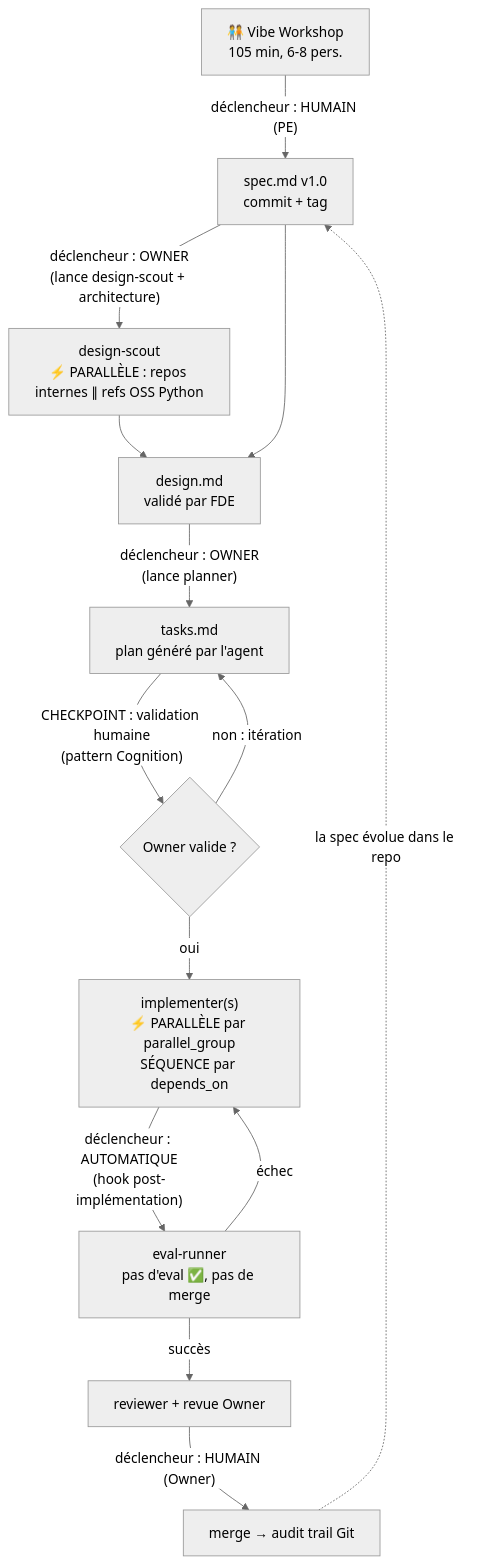
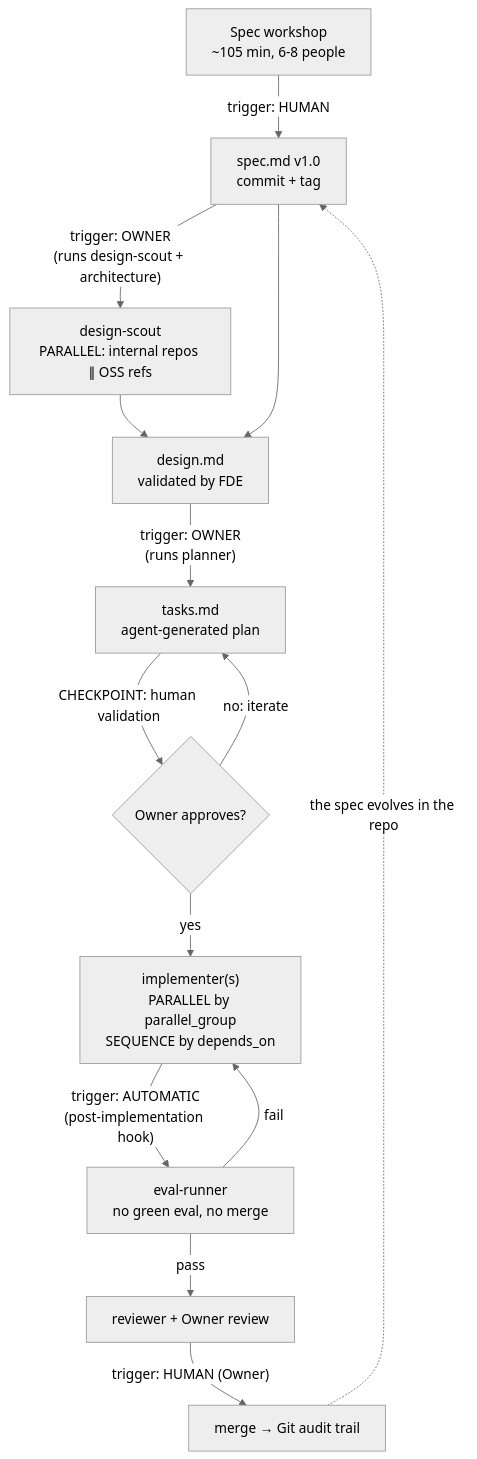
Before and after one commit to antoinelef23/Claudo: the diagram in README.md, drawn with Mermaid (neutral theme). The commit also changed other lines of this file and 10 other files, not shown here.

````diff
--- a/README.md
+++ b/README.md
@@ -30,16 +42,16 @@
 ```mermaid
 flowchart TD
-    VW["🧑‍🤝‍🧑 Vibe Workshop<br/>105 min, 6-8 pers."] -->|"déclencheur : HUMAIN (PE)"| SPEC["spec.md v1.0<br/>commit + tag"]
-    SPEC -->|"déclencheur : OWNER<br/>(lance design-scout + architecture)"| SCOUT["design-scout<br/>⚡ PARALLÈLE : repos internes ∥ refs OSS Python"]
-    SCOUT --> DESIGN["design.md<br/>validé par FDE"]
+    VW["Spec workshop<br/>~105 min, 6-8 people"] -->|"trigger: HUMAN"| SPEC["spec.md v1.0<br/>commit + tag"]
+    SPEC -->|"trigger: OWNER<br/>(runs design-scout + architecture)"| SCOUT["design-scout<br/>PARALLEL: internal repos ∥ OSS refs"]
+    SCOUT --> DESIGN["design.md<br/>validated by FDE"]
     SPEC --> DESIGN
-    DESIGN -->|"déclencheur : OWNER<br/>(lance planner)"| TASKS["tasks.md<br/>plan généré par l'agent"]
-    TASKS -->|"CHECKPOINT : validation humaine<br/>(pattern Cognition)"| GO{Owner valide ?}
-    GO -->|non : itération| TASKS
-    GO -->|oui| IMPL["implementer(s)<br/>⚡ PARALLÈLE par parallel_group<br/>SÉQUENCE par depends_on"]
-    IMPL -->|"déclencheur : AUTOMATIQUE<br/>(hook post-implémentation)"| EVAL["eval-runner<br/>pas d'eval ✅, pas de merge"]
-    EVAL -->|échec| IMPL
-    EVAL -->|succès| REV["reviewer + revue Owner"]
-    REV -->|"déclencheur : HUMAIN (Owner)"| MERGE["merge → audit trail Git"]
-    MERGE -.->|"la spec évolue dans le repo"| SPEC
+    DESIGN -->|"trigger: OWNER<br/>(runs planner)"| TASKS["tasks.md<br/>agent-generated plan"]
+    TASKS -->|"CHECKPOINT: human validation"| GO{Owner approves?}
+    GO -->|no: iterate| TASKS
+    GO -->|yes| IMPL["implementer(s)<br/>PARALLEL by parallel_group<br/>SEQUENCE by depends_on"]
+    IMPL -->|"trigger: AUTOMATIC<br/>(post-implementation hook)"| EVAL["eval-runner<br/>no green eval, no merge"]
+    EVAL -->|fail| IMPL
+    EVAL -->|pass| REV["reviewer + Owner review"]
+    REV -->|"trigger: HUMAN (Owner)"| MERGE["merge → Git audit trail"]
+    MERGE -.->|"the spec evolves in the repo"| SPEC
 ```
````
